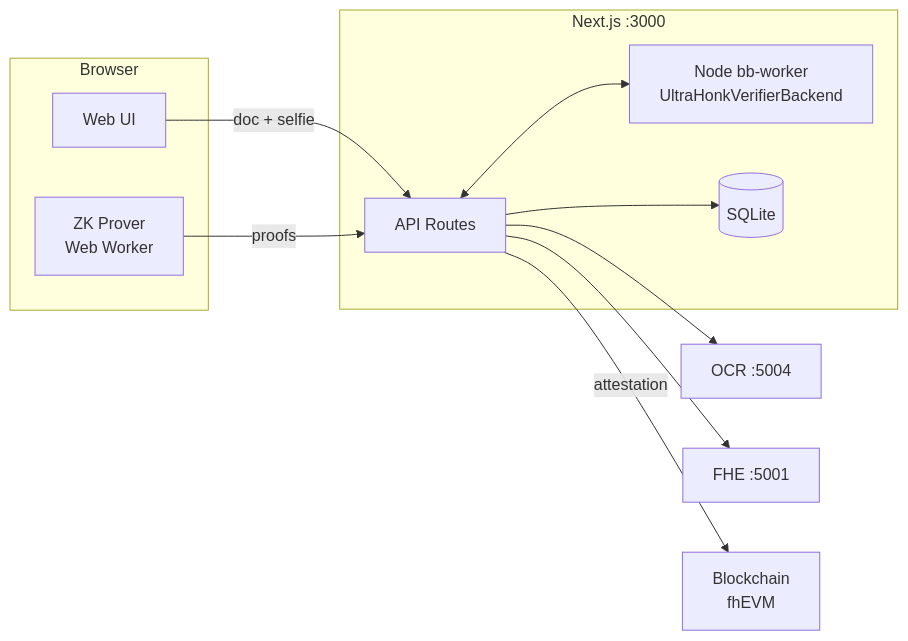
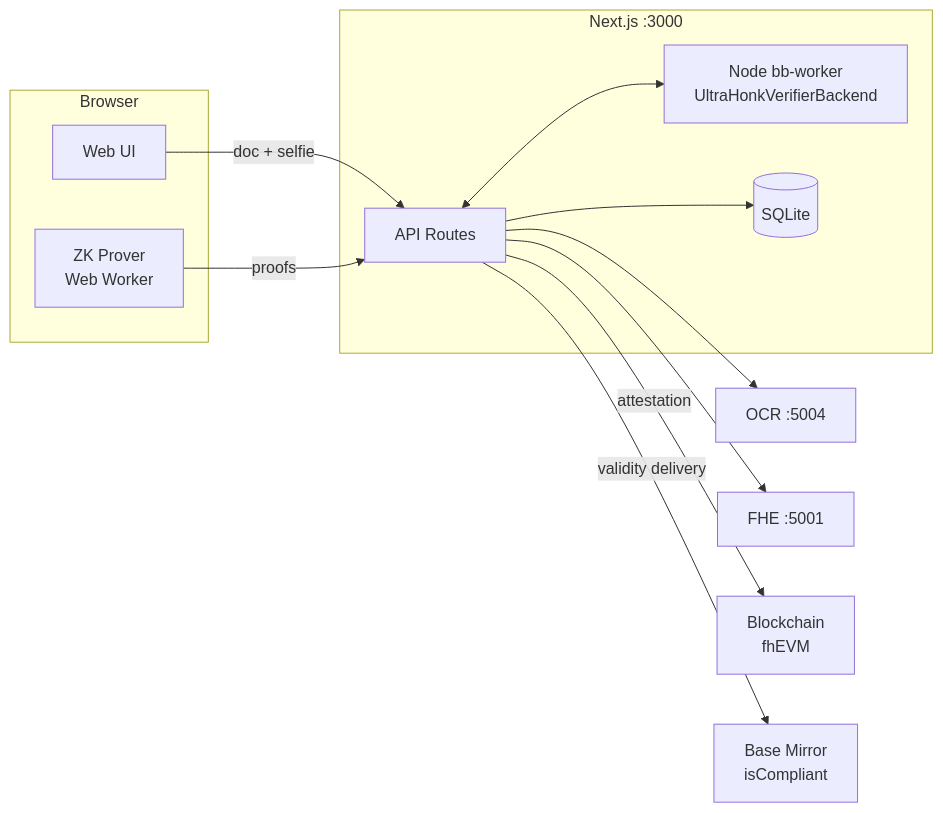
The diagram in README.md (gustavovalverde/zentity), drawn with Mermaid before and after one commit. The commit also changed other lines of this file and 82 other files, not shown here.

Commit message:
feat: add Base compliance mirror for x402 payments (#161)

````diff
--- a/README.md
+++ b/README.md
@@ -200,23 +204,25 @@
 ```mermaid
 flowchart LR
   subgraph Browser
     UI[Web UI]
     W[ZK Prover<br/>Web Worker]
   end
   subgraph Server["Next.js :3000"]
     API[API Routes]
     BB[Node bb-worker<br/>UltraHonkVerifierBackend]
     DB[(SQLite)]
     API <--> BB
   end
   OCR[OCR :5004]
   FHE[FHE :5001]
   BC[Blockchain<br/>fhEVM]
+  BM[Base Mirror<br/>isCompliant]
 
   UI -->|doc + selfie| API
   API --> OCR
   API --> FHE
   W -->|proofs| API
   API --> DB
   API -->|attestation| BC
+  API -->|validity delivery| BM
 ```
````
